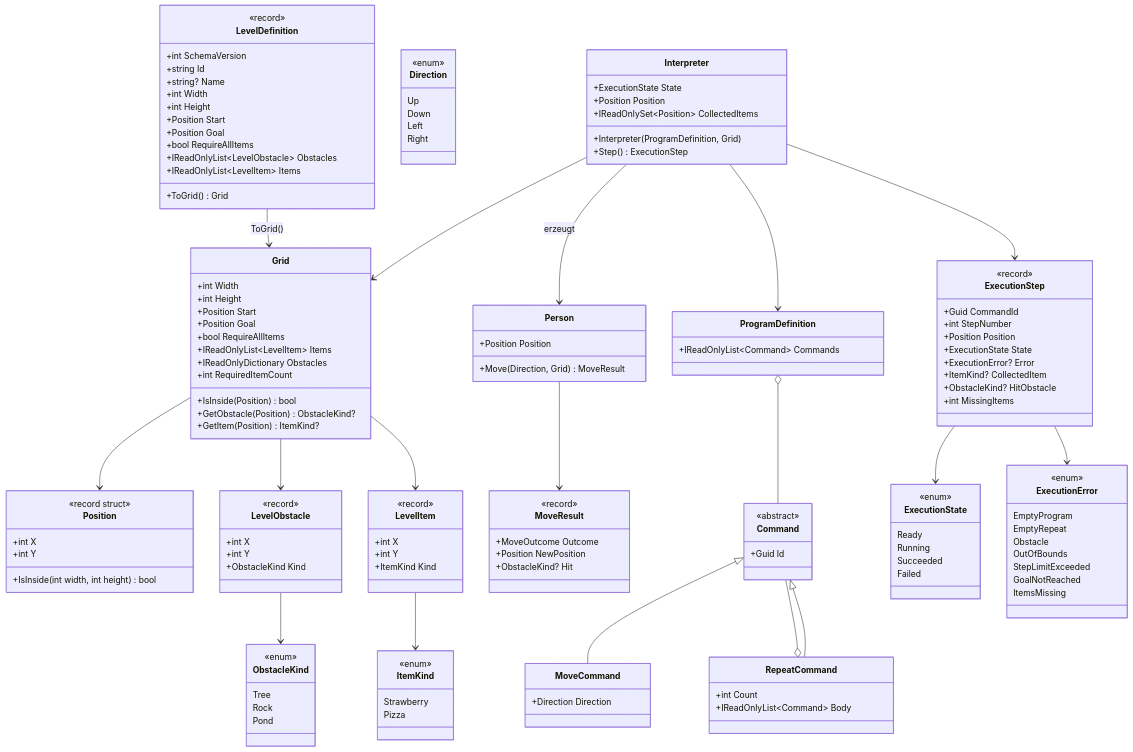
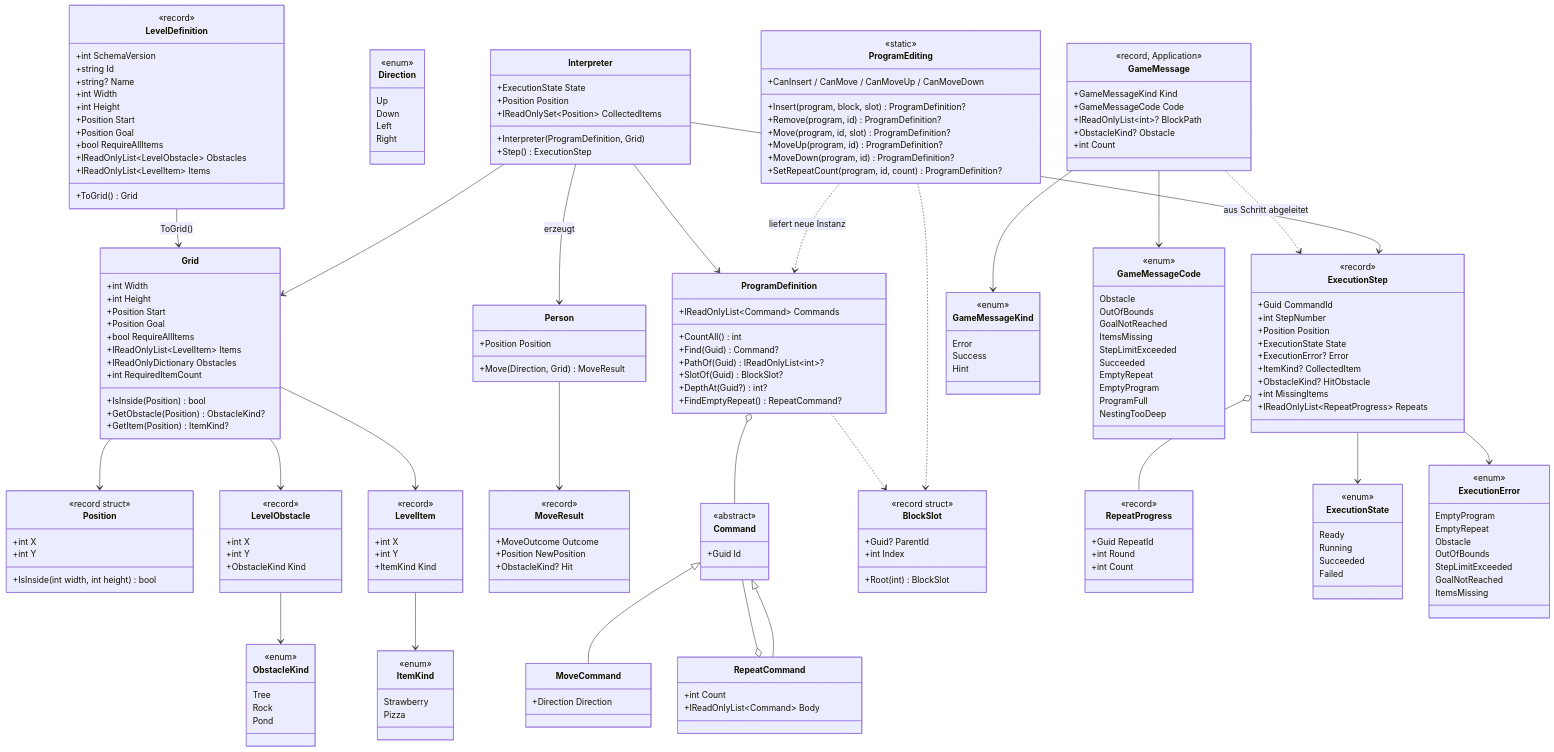
One commit to ramonafrick/HeroPath changed the fourth of 6 diagrams in docs/Architektur C4.md. Above: the diagram before and after it, drawn with Mermaid. The commit also changed other lines of this file and 3 other files, not shown here.

```diff
--- a/docs/Architektur C4.md
+++ b/docs/Architektur C4.md
@@ -217,6 +234,28 @@
   }
   class ProgramDefinition {
     +IReadOnlyList~Command~ Commands
+    +CountAll() int
+    +Find(Guid) Command?
+    +PathOf(Guid) IReadOnlyList~int~?
+    +SlotOf(Guid) BlockSlot?
+    +DepthAt(Guid?) int?
+    +FindEmptyRepeat() RepeatCommand?
+  }
+  class BlockSlot {
+    <<record struct>>
+    +Guid? ParentId
+    +int Index
+    +Root(int) BlockSlot
+  }
+  class ProgramEditing {
+    <<static>>
+    +Insert(program, block, slot) ProgramDefinition?
+    +Remove(program, id) ProgramDefinition?
+    +Move(program, id, slot) ProgramDefinition?
+    +MoveUp(program, id) ProgramDefinition?
+    +MoveDown(program, id) ProgramDefinition?
+    +SetRepeatCount(program, id, count) ProgramDefinition?
+    +CanInsert / CanMove / CanMoveUp / CanMoveDown
   }
   class Interpreter {
     +Interpreter(ProgramDefinition, Grid)
@@ -235,6 +274,13 @@
     +ItemKind? CollectedItem
     +ObstacleKind? HitObstacle
     +int MissingItems
+    +IReadOnlyList~RepeatProgress~ Repeats
+  }
+  class RepeatProgress {
+    <<record>>
+    +Guid RepeatId
+    +int Round
+    +int Count
   }
   class ExecutionState {
     <<enum>>
@@ -253,16 +299,50 @@
     GoalNotReached
     ItemsMissing
   }
+  class GameMessage {
+    <<record, Application>>
+    +GameMessageKind Kind
+    +GameMessageCode Code
+    +IReadOnlyList~int~? BlockPath
+    +ObstacleKind? Obstacle
+    +int Count
+  }
+  class GameMessageKind {
+    <<enum>>
+    Error
+    Success
+    Hint
+  }
+  class GameMessageCode {
+    <<enum>>
+    Obstacle
+    OutOfBounds
+    GoalNotReached
+    ItemsMissing
+    StepLimitExceeded
+    Succeeded
+    EmptyRepeat
+    EmptyProgram
+    ProgramFull
+    NestingTooDeep
+  }
   Command <|-- MoveCommand
   Command <|-- RepeatCommand
   RepeatCommand o-- Command
   ProgramDefinition o-- Command
+  ProgramEditing ..> ProgramDefinition : liefert neue Instanz
+  ProgramEditing ..> BlockSlot
+  ProgramDefinition ..> BlockSlot
   Interpreter --> ProgramDefinition
   Interpreter --> Grid
   Interpreter --> Person : erzeugt
   Interpreter --> ExecutionStep
   ExecutionStep --> ExecutionState
   ExecutionStep --> ExecutionError
+  ExecutionStep o-- RepeatProgress
+  GameMessage --> GameMessageKind
+  GameMessage --> GameMessageCode
+  GameMessage ..> ExecutionStep : aus Schritt abgeleitet
   Person --> MoveResult
   Grid --> Position
   Grid --> LevelObstacle
```
